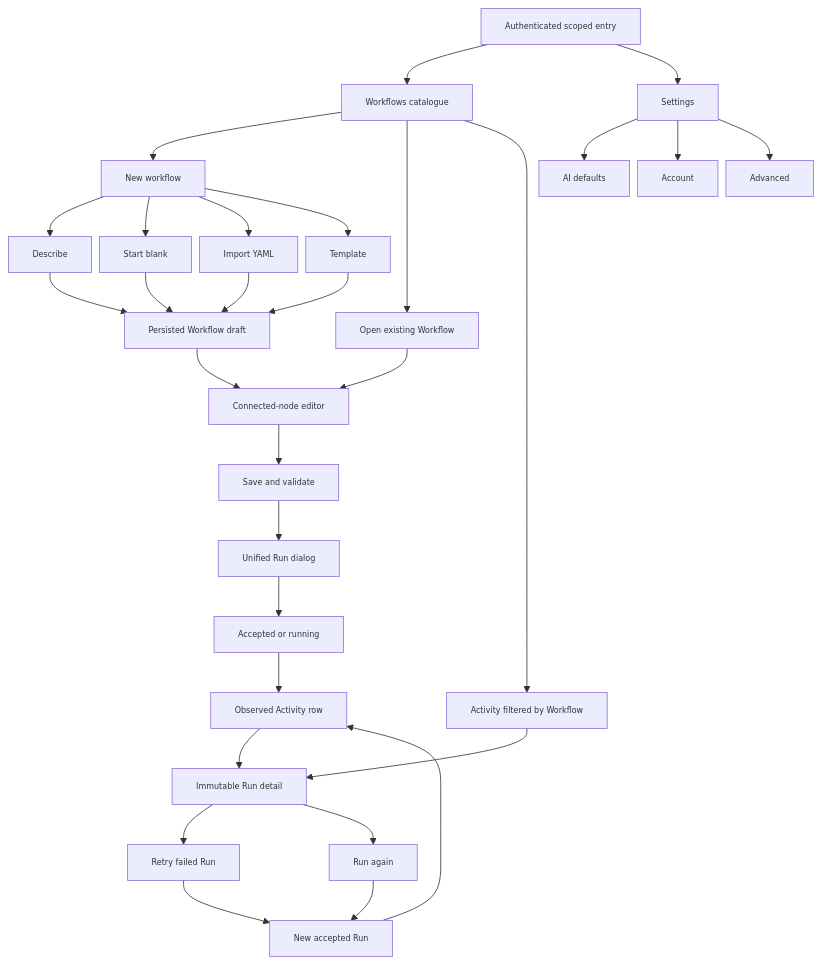
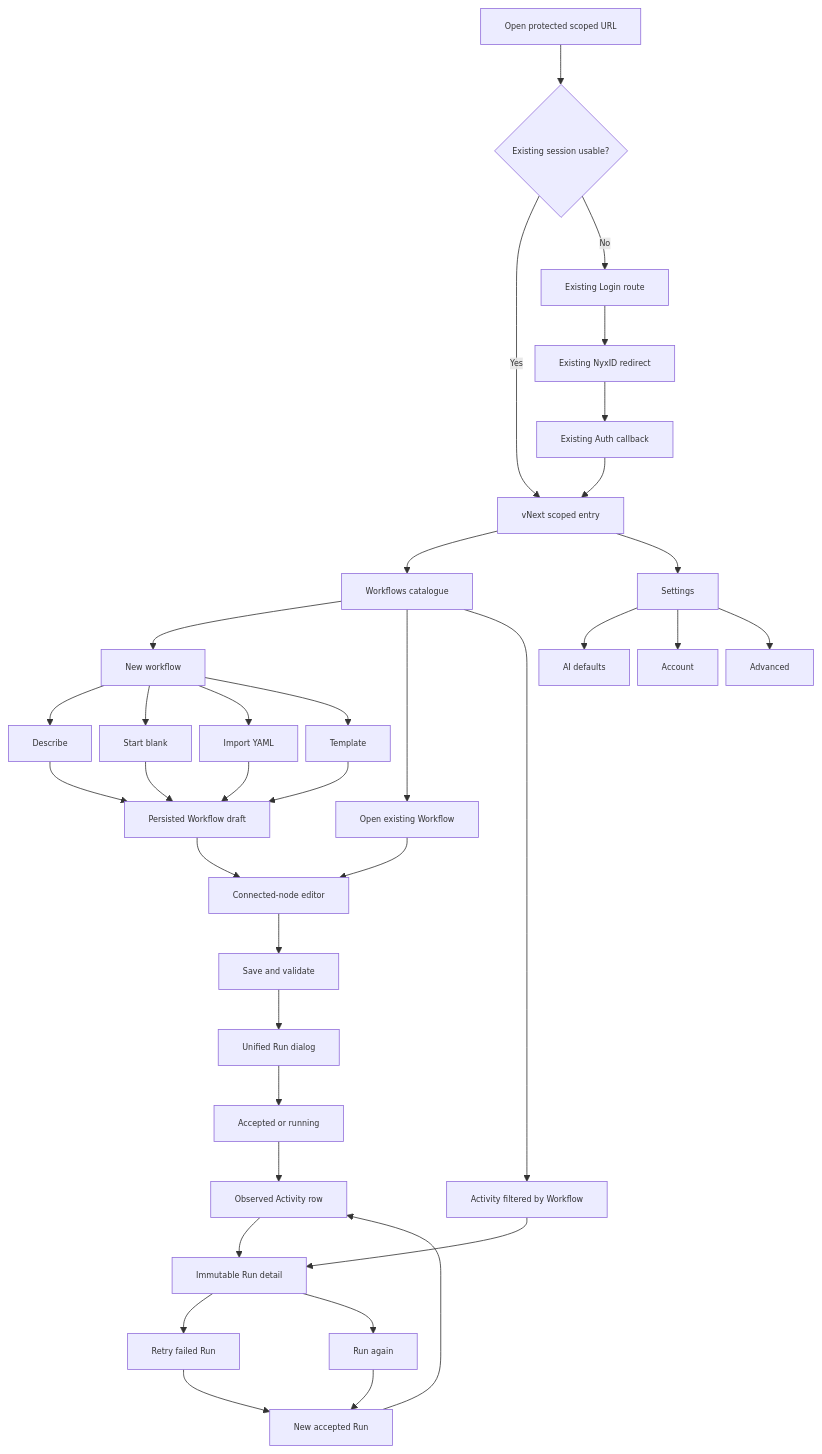
Before and after one commit to aevatarAI/aevatar: the first of 2 diagrams in apps/aevatar-console-web/docs/superpowers/specs/2026-08-04-workflow-activity-vnext-user-paths.md, drawn with Mermaid. The commit also changed other lines of this file and 3 other files, not shown here.

Commit message:
Clarify vNext auth and localization reuse

````diff
--- a/apps/aevatar-console-web/docs/superpowers/specs/2026-08-04-workflow-activity-vnext-user-paths.md
+++ b/apps/aevatar-console-web/docs/superpowers/specs/2026-08-04-workflow-activity-vnext-user-paths.md
@@ -120,33 +120,39 @@
 ```mermaid
 %%{init: {"maxTextSize": 100000, "flowchart": {"useMaxWidth": false, "nodeSpacing": 10, "rankSpacing": 50}, "themeVariables": {"fontSize": "10px"}}}%%
 flowchart TD
-    A["Authenticated scoped entry"] --> B["Workflows catalogue"]
-    B --> C["New workflow"]
+    A["Open protected scoped URL"] --> A1{"Existing session usable?"}
+    A1 -->|"Yes"| B["vNext scoped entry"]
+    A1 -->|"No"| A2["Existing Login route"]
+    A2 --> A3["Existing NyxID redirect"]
+    A3 --> A4["Existing Auth callback"]
+    A4 --> B
+    B --> B1["Workflows catalogue"]
+    B1 --> C["New workflow"]
     C --> D["Describe"]
     C --> E["Start blank"]
     C --> F["Import YAML"]
     C --> G["Template"]
     D --> H["Persisted Workflow draft"]
     E --> H
     F --> H
     G --> H
-    B --> I["Open existing Workflow"]
+    B1 --> I["Open existing Workflow"]
     H --> J["Connected-node editor"]
     I --> J
     J --> K["Save and validate"]
     K --> L["Unified Run dialog"]
     L --> M["Accepted or running"]
     M --> N["Observed Activity row"]
-    B --> O["Activity filtered by Workflow"]
+    B1 --> O["Activity filtered by Workflow"]
     N --> P["Immutable Run detail"]
     O --> P
     P --> Q["Retry failed Run"]
     P --> R["Run again"]
     Q --> S["New accepted Run"]
     R --> S
     S --> N
-    A --> T["Settings"]
+    B --> T["Settings"]
     T --> U["AI defaults"]
     T --> V["Account"]
     T --> W["Advanced"]
 ```
````
